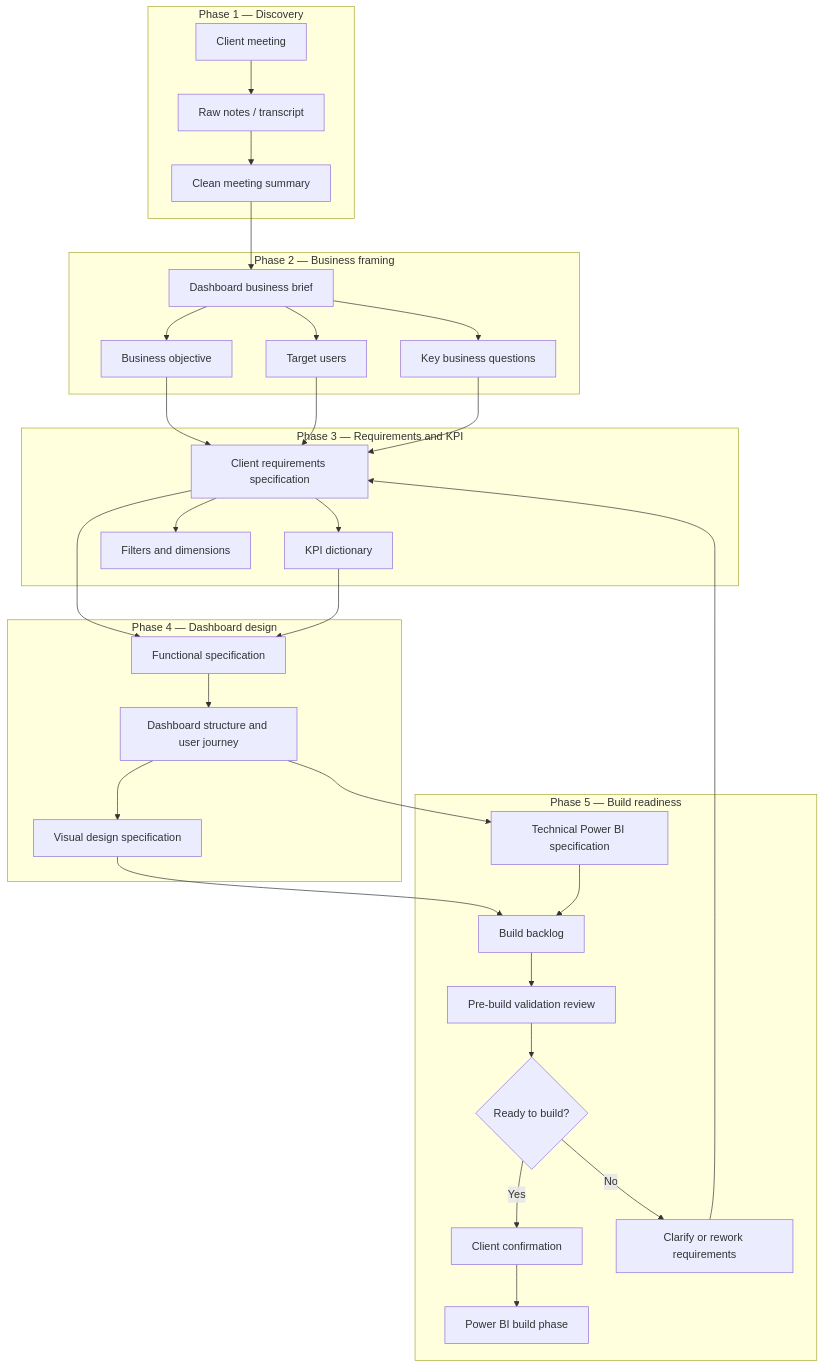
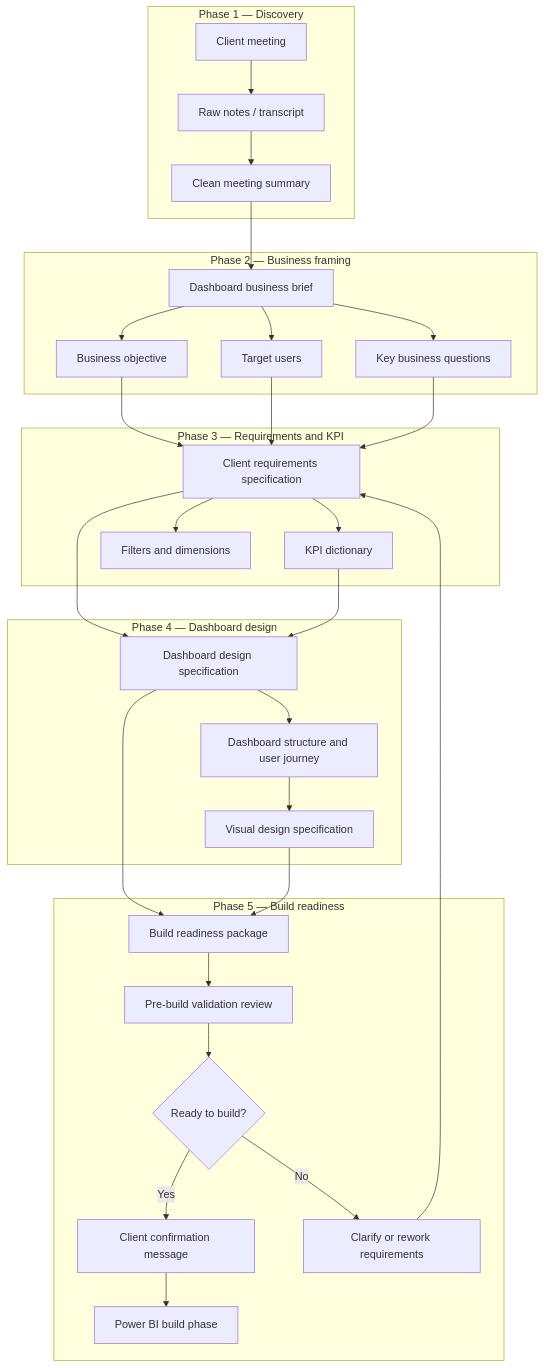
One commit to mary-molchan/analytics-engineering-portfolio changed the diagram in gen-ai-projects/01_Spec_Driven_Workflow_for_Power_BI_Dashboard/README.md. Above: the diagram before and after it, drawn with Mermaid. The commit also changed other lines of this file, not shown here.

````diff
--- a/gen-ai-projects/01_Spec_Driven_Workflow_for_Power_BI_Dashboard/README.md
+++ b/gen-ai-projects/01_Spec_Driven_Workflow_for_Power_BI_Dashboard/README.md
@@ -69,42 +52,41 @@
 ```mermaid
 flowchart TD
 
     subgraph P1[Phase 1 — Discovery]
         A[Client meeting] --> B[Raw notes / transcript]
         B --> C[Clean meeting summary]
     end
 
     subgraph P2[Phase 2 — Business framing]
         C --> D[Dashboard business brief]
         D --> E[Business objective]
         D --> F[Target users]
         D --> G[Key business questions]
     end
 
     subgraph P3[Phase 3 — Requirements and KPI]
         E --> H[Client requirements specification]
         F --> H
         G --> H
         H --> I[KPI dictionary]
         H --> J[Filters and dimensions]
     end
 
     subgraph P4[Phase 4 — Dashboard design]
-        H --> K[Functional specification]
-        I --> K
-        K --> L[Dashboard structure and user journey]
-        L --> M[Visual design specification]
-    end
+    H --> K[Dashboard design specification]
+    I --> K
+    K --> L[Dashboard structure and user journey]
+    L --> M[Visual design specification]
+end
 
-    subgraph P5[Phase 5 — Build readiness]
-        L --> N[Technical Power BI specification]
-        M --> O[Build backlog]
-        N --> O
-        O --> P[Pre-build validation review]
-        P --> Q{Ready to build?}
-        Q -->|Yes| R[Client confirmation]
-        Q -->|No| S[Clarify or rework requirements]
-        S --> H
-        R --> T[Power BI build phase]
-    end
+subgraph P5[Phase 5 — Build readiness]
+    K --> N[Build readiness package]
+    M --> N
+    N --> P[Pre-build validation review]
+    P --> Q{Ready to build?}
+    Q -->|Yes| R[Client confirmation message]
+    Q -->|No| S[Clarify or rework requirements]
+    S --> H
+    R --> T[Power BI build phase]
+end
 ```
````
